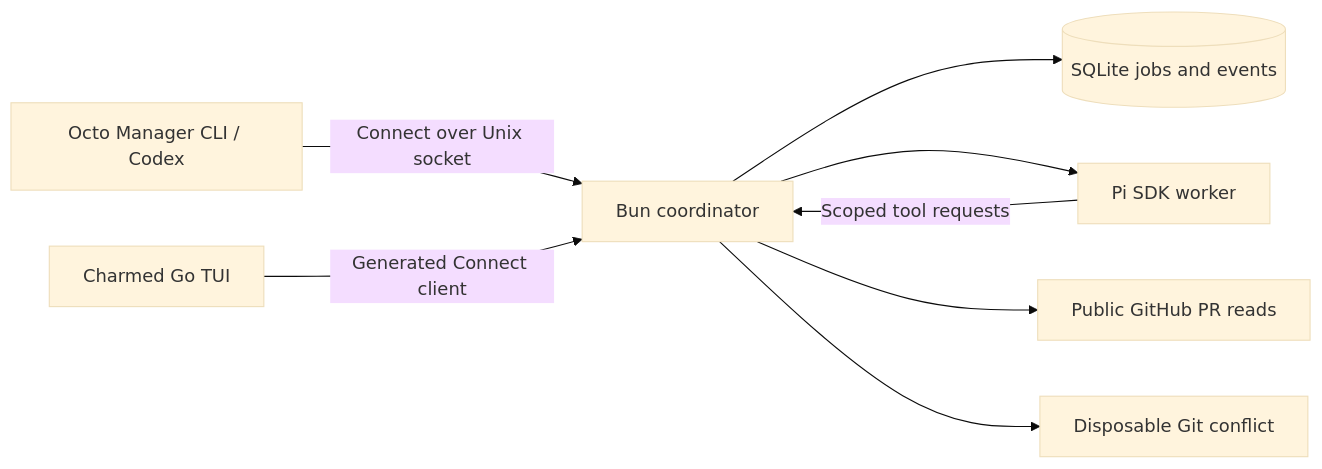
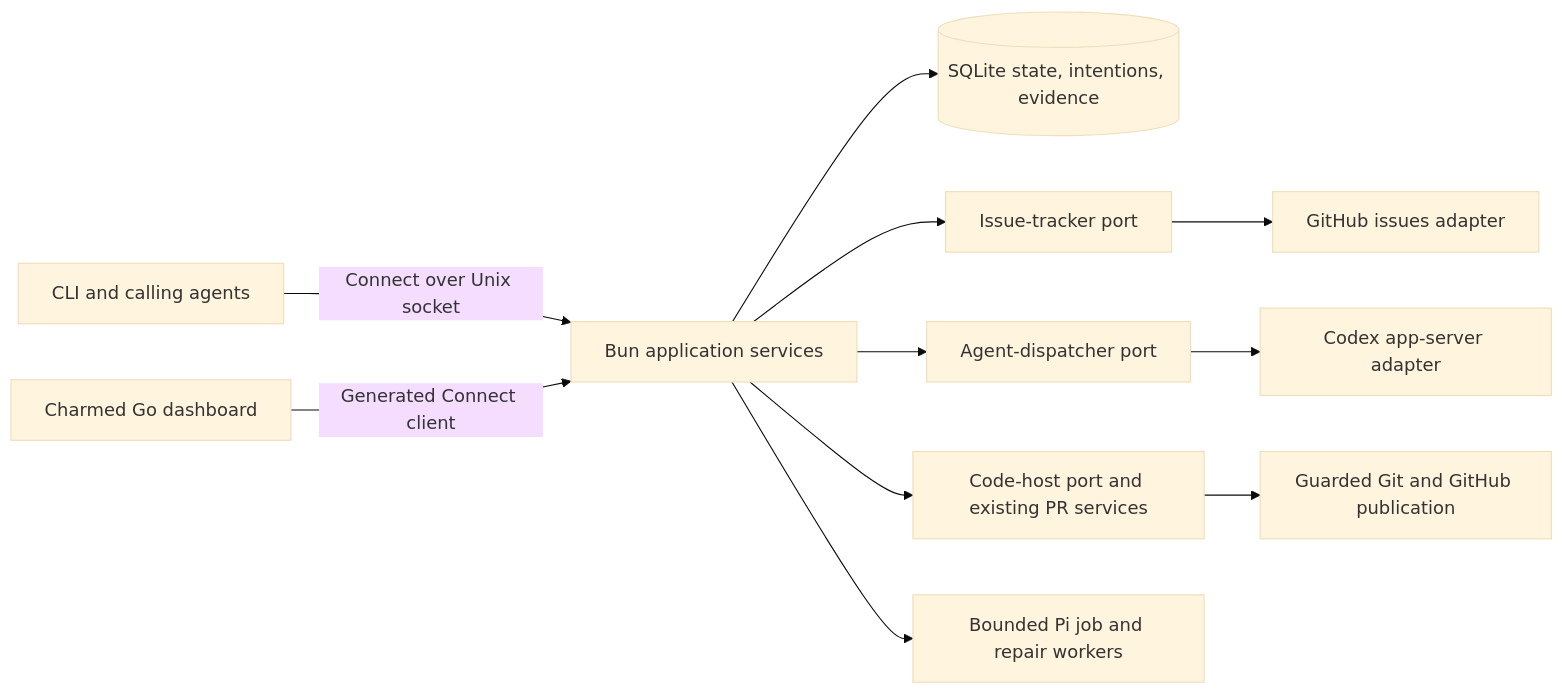
Before and after one commit to lanej/octo-manager: the first of 2 diagrams in docs/architecture.md, drawn with Mermaid (base theme). The commit also changed other lines of this file and 9 other files, not shown here.

Commit message:
docs(issues): explain lifecycle authority and timeout flows

````diff
--- a/docs/architecture.md
+++ b/docs/architecture.md
@@ -5,10 +7,13 @@
 ```mermaid
 flowchart LR
-    CLI[Octo Manager CLI / Codex] -->|Connect over Unix socket| Coordinator[Bun coordinator]
-    TUI[Charmed Go TUI] -->|Generated Connect client| Coordinator
-    Coordinator --> SQLite[(SQLite jobs and events)]
-    Coordinator --> Worker[Pi SDK worker]
-    Worker -->|Scoped tool requests| Coordinator
-    Coordinator --> GH[Public GitHub PR reads]
-    Coordinator --> Fixture[Disposable Git conflict]
+    CLI[CLI and calling agents] -->|Connect over Unix socket| App[Bun application services]
+    TUI[Charmed Go dashboard] -->|Generated Connect client| App
+    App --> Store[(SQLite state, intentions, evidence)]
+    App --> TrackerPort[Issue-tracker port]
+    App --> DispatchPort[Agent-dispatcher port]
+    App --> CodePort[Code-host port and existing PR services]
+    TrackerPort --> Tracker[GitHub issues adapter]
+    DispatchPort --> Codex[Codex app-server adapter]
+    CodePort --> Git[Guarded Git and GitHub publication]
+    App --> Pi[Bounded Pi job and repair workers]
 ```
````
